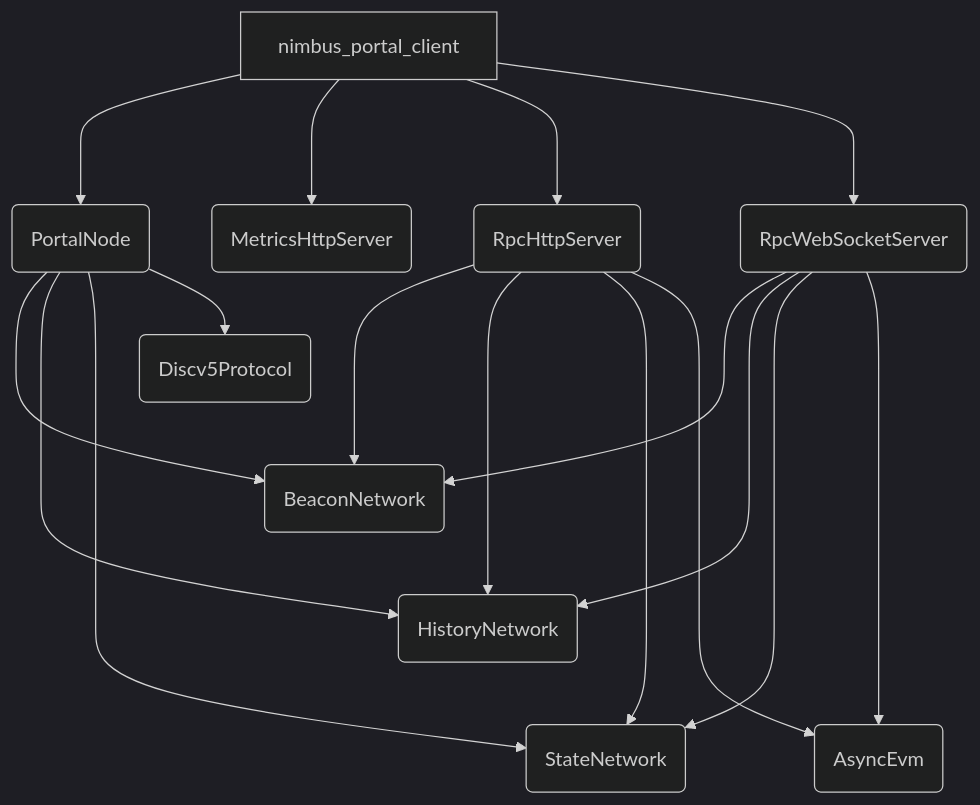
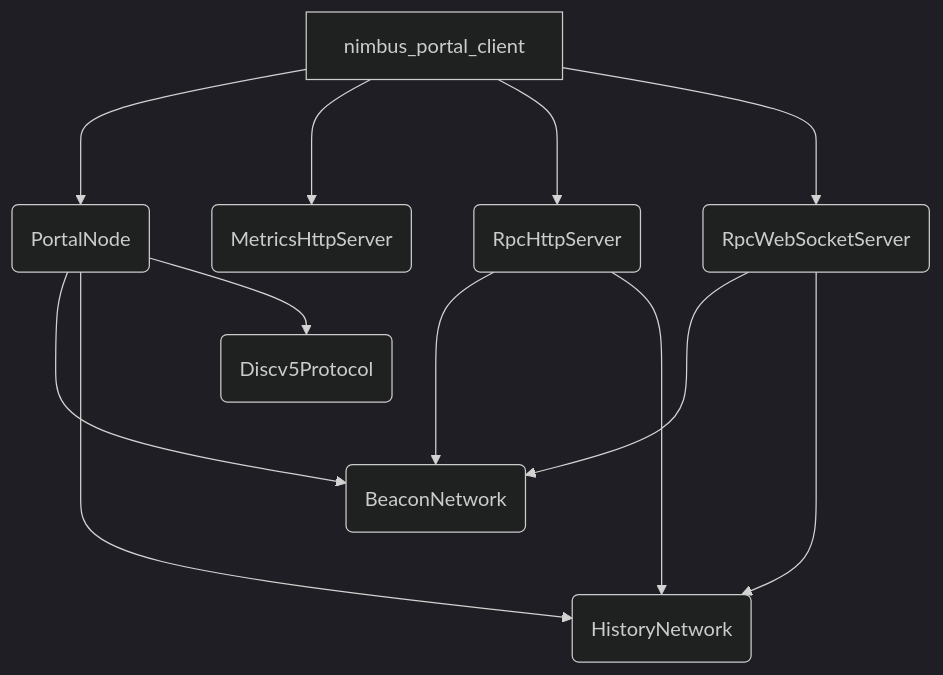
One commit to status-im/nimbus-eth1 changed the first of 2 diagrams in portal/docs/the_fluffy_book/docs/architecture.md. Above: the diagram before and after it, drawn with Mermaid (dark theme). The commit also changed other lines of this file and 54 other files, not shown here.

Commit message:
Remove state network code from portal code base.

````diff
--- a/portal/docs/the_fluffy_book/docs/architecture.md
+++ b/portal/docs/the_fluffy_book/docs/architecture.md
@@ -9,11 +9,9 @@
 ```mermaid
 
 graph TD;
     nimbus_portal_client ---> id2(PortalNode) & id5(MetricsHttpServer)
     nimbus_portal_client ---> id3(RpcHttpServer) & id4(RpcWebSocketServer)
     id3(RpcHttpServer) & id4(RpcWebSocketServer) & id2(PortalNode) ---> id7(BeaconNetwork)
     id3(RpcHttpServer) & id4(RpcWebSocketServer) & id2(PortalNode) ----> id8(HistoryNetwork)
-    id3(RpcHttpServer) & id4(RpcWebSocketServer) & id2(PortalNode) -----> id9(StateNetwork)
-    id3(RpcHttpServer) & id4(RpcWebSocketServer) -----> id6(AsyncEvm)
     id2(PortalNode) --> id10(Discv5Protocol)
 ```
````
